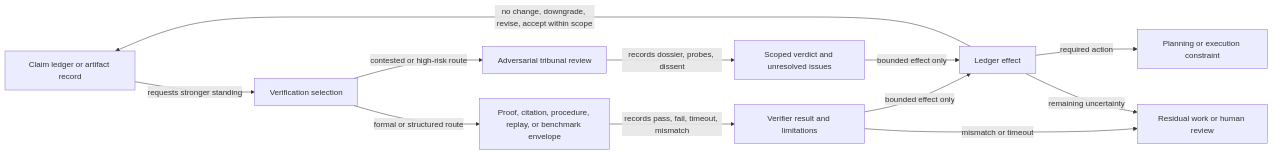
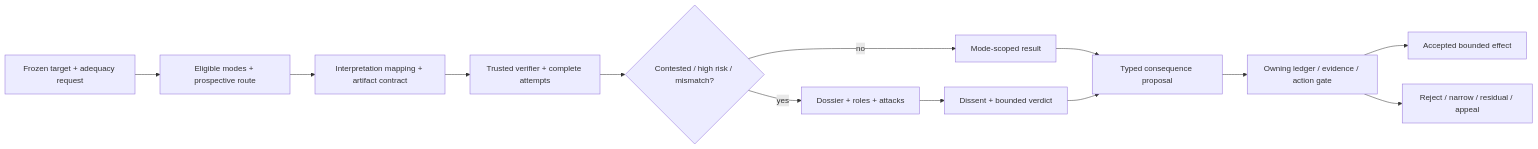
The diagram in chapters/spinoza-verification-and-proof-carrying-claims.qmd (corbensorenson/asi-stack-book), drawn with Mermaid before and after one commit. The commit also changed other lines of this file and 723 other files, not shown here.

Commit message:
Checkpoint claim-proof and semantic refinement cycle

````diff
--- a/chapters/spinoza-verification-and-proof-carrying-claims.qmd
+++ b/chapters/spinoza-verification-and-proof-carrying-claims.qmd
@@ -263,14 +278,15 @@
 ```{mermaid}
 flowchart LR
-  Ledger["Claim ledger or artifact record"] -- "requests stronger standing" --> Select["Verification selection"]
-  Select -- "formal or structured route" --> Proof["Proof, citation, procedure, replay, or benchmark envelope"]
-  Select -- "contested or high-risk route" --> Tribunal["Adversarial tribunal review"]
-  Proof -- "records pass, fail, timeout, mismatch" --> Result["Verifier result and limitations"]
-  Tribunal -- "records dossier, probes, dissent" --> Dissent["Scoped verdict and unresolved issues"]
-  Result -- "bounded effect only" --> Effect["Ledger effect"]
-  Dissent -- "bounded effect only" --> Effect
-  Effect -- "no change, downgrade, revise, accept within scope" --> Ledger
-  Effect -- "required action" --> Plan["Planning or execution constraint"]
-  Result -- "mismatch or timeout" --> Residual
-  Effect -- "remaining uncertainty" --> Residual["Residual work or human review"]
+  A["Frozen target + adequacy request"] --> B["Eligible modes + prospective route"]
+  B --> C["Interpretation mapping + artifact contract"]
+  C --> D["Trusted verifier + complete attempts"]
+  D --> E{"Contested / high risk / mismatch?"}
+  E -- "no" --> F["Mode-scoped result"]
+  E -- "yes" --> G["Dossier + roles + attacks"]
+  G --> H["Dissent + bounded verdict"]
+  F --> I["Typed consequence proposal"]
+  H --> I
+  I --> J["Owning ledger / evidence / action gate"]
+  J --> K["Accepted bounded effect"]
+  J --> L["Reject / narrow / residual / appeal"]
 ```
````
